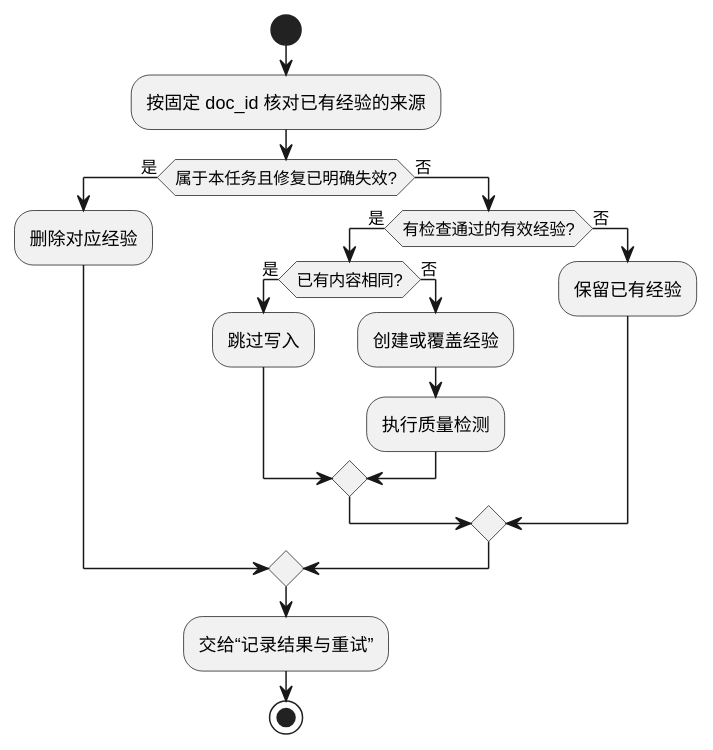
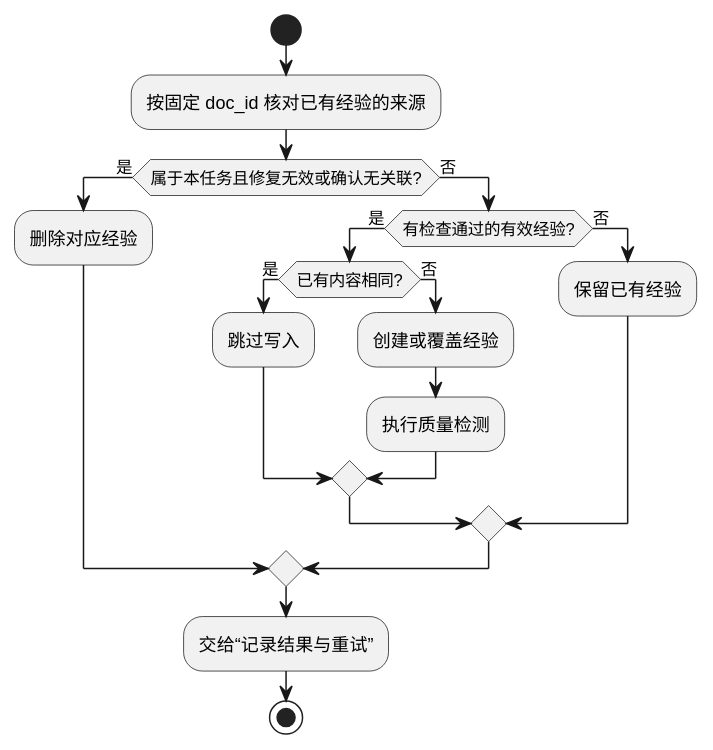
Diagram 12 of 15 in docs/调测轨迹经验提取设计文档.md (yf990848-droid/experience), drawn with PlantUML before and after one commit. The commit also changed other lines of this file, not shown here.

````diff
--- a/docs/调测轨迹经验提取设计文档.md
+++ b/docs/调测轨迹经验提取设计文档.md
@@ -436,22 +438,22 @@
 ```plantuml
 @startuml
 start
 :按固定 doc_id 核对已有经验的来源;
-if (属于本任务且修复已明确失效?) then (是)
+if (属于本任务且修复无效或确认无关联?) then (是)
   :删除对应经验;
 else (否)
   if (有检查通过的有效经验?) then (是)
     if (已有内容相同?) then (是)
       :跳过写入;
     else (否)
       :创建或覆盖经验;
       :执行质量检测;
     endif
   else (否)
     :保留已有经验;
   endif
 endif
 :交给“记录结果与重试”;
 stop
 @enduml
 ```
````
